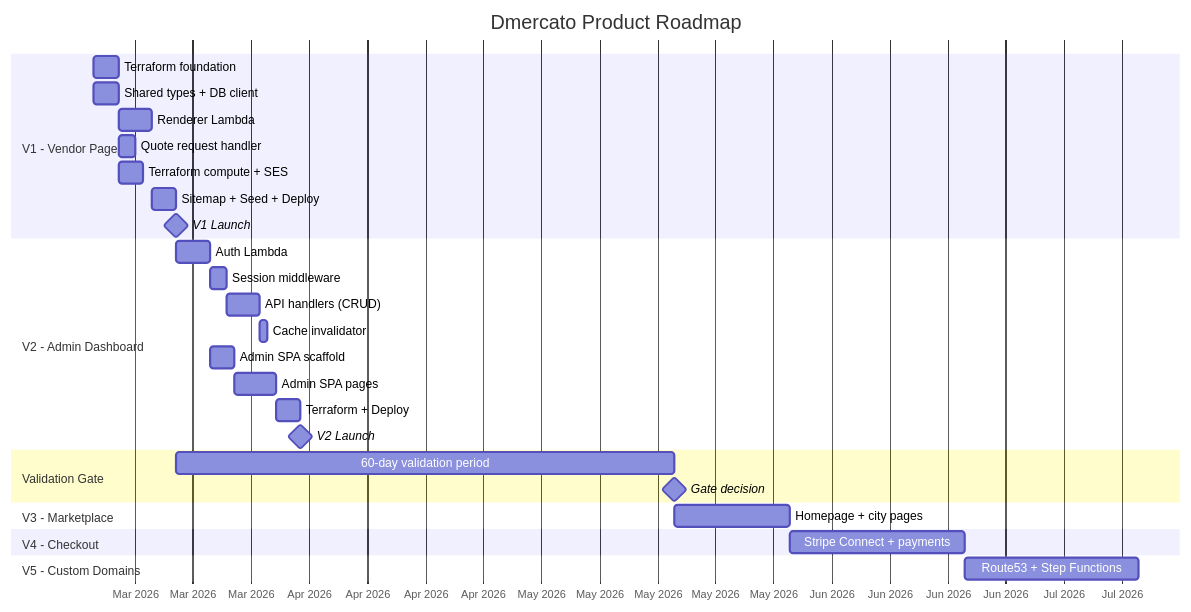
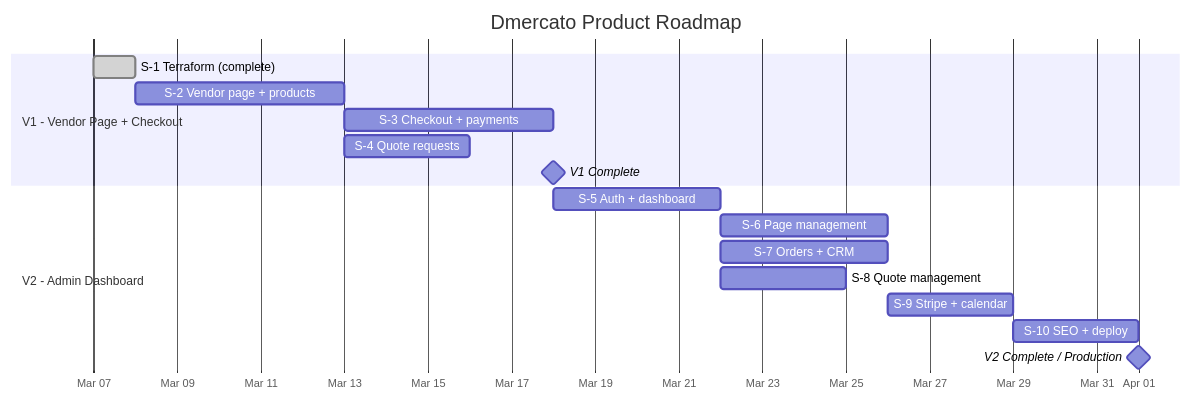
Before and after one commit to atlantic-blue/dmercato: the fifth of 5 diagrams in .greenlight/ROADMAP.md, drawn with Mermaid. The commit also changed other lines of this file and 27 other files, not shown here.

First line of the commit message:
chore(greenlight): update design, contracts, and roadmap

````diff
--- a/.greenlight/ROADMAP.md
+++ b/.greenlight/ROADMAP.md
@@ -180,38 +181,22 @@
 ```mermaid
 gantt
     title Dmercato Product Roadmap
     dateFormat  YYYY-MM-DD
-    axisFormat  %b %Y
+    axisFormat  %b %d
 
-    section V1 - Vendor Page
-    Terraform foundation       :v1s1, 2026-03-10, 3d
-    Shared types + DB client   :v1s23, 2026-03-10, 3d
-    Renderer Lambda            :v1s4, after v1s23, 4d
-    Quote request handler      :v1s6, after v1s23, 2d
-    Terraform compute + SES    :v1s57, after v1s1, 3d
-    Sitemap + Seed + Deploy    :v1s8910, after v1s4, 3d
-    V1 Launch                  :milestone, v1launch, after v1s8910, 0d
+    section V1 - Vendor Page + Checkout
+    S-1 Terraform (complete)       :done, s1, 2026-03-07, 1d
+    S-2 Vendor page + products     :s2, 2026-03-08, 5d
+    S-3 Checkout + payments        :s3, after s2, 5d
+    S-4 Quote requests             :s4, after s2, 3d
+    V1 Complete                    :milestone, v1done, after s3, 0d
 
     section V2 - Admin Dashboard
-    Auth Lambda                :v2s12, after v1launch, 4d
-    Session middleware         :v2s3, after v2s12, 2d
-    API handlers (CRUD)        :v2s456, after v2s3, 4d
-    Cache invalidator          :v2s7, after v2s456, 1d
-    Admin SPA scaffold         :v2s8, after v2s12, 3d
-    Admin SPA pages            :v2s910, after v2s8, 5d
-    Terraform + Deploy         :v2s1112, after v2s910, 3d
-    V2 Launch                  :milestone, v2launch, after v2s1112, 0d
-
-    section Validation Gate
-    60-day validation period   :validation, after v1launch, 60d
-    Gate decision              :milestone, gate, after validation, 0d
-
-    section V3 - Marketplace
-    Homepage + city pages      :v3, after gate, 14d
-
-    section V4 - Checkout
-    Stripe Connect + payments  :v4, after v3, 21d
-
-    section V5 - Custom Domains
-    Route53 + Step Functions   :v5, after v4, 21d
+    S-5 Auth + dashboard           :s5, after s3, 4d
+    S-6 Page management            :s6, after s5, 4d
+    S-7 Orders + CRM              :s7, after s5, 4d
+    S-8 Quote management          :s8, after s5, 3d
+    S-9 Stripe + calendar         :s9, after s7, 3d
+    S-10 SEO + deploy             :s10, after s9, 3d
+    V2 Complete / Production      :milestone, v2done, after s10, 0d
 ```
````
